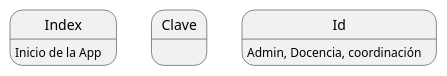
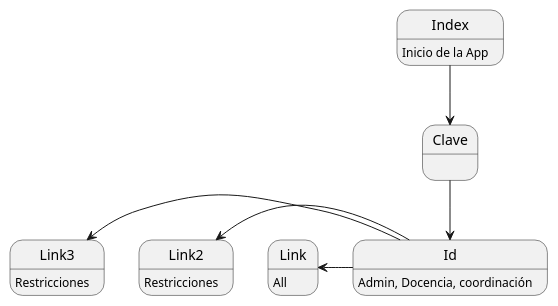
Before and after one commit to Espadv69/uml-begginer: the diagram in uml/index.puml, drawn with PlantUML.

Commit message:
Update: links

```diff
--- a/uml/index.puml
+++ b/uml/index.puml
@@ -1,7 +1,17 @@
 @startuml index
 
 Index : Inicio de la App
 Clave : 
 Id : Admin, Docencia, coordinación
+Link : All
+Link2 : Restricciones
+Link3 : Restricciones
+
+Index --> Clave 
+Clave --> Id
+
+Link <-- Id
+Link2 <-- Id
+Link3 <-- Id
 
 @enduml
```
